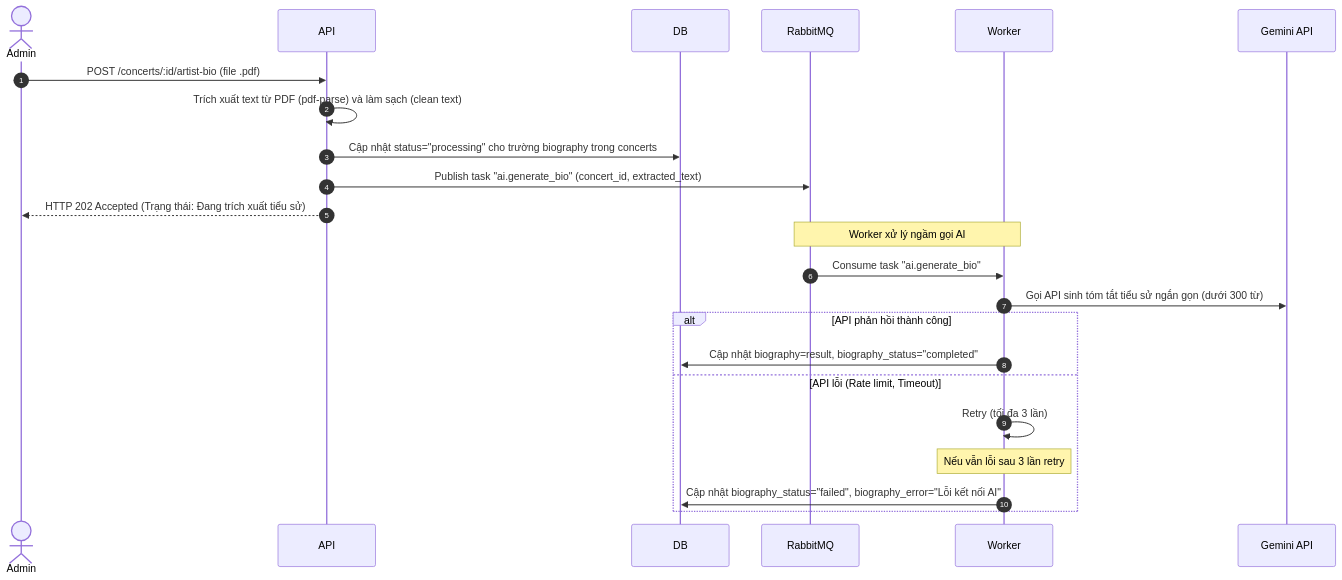
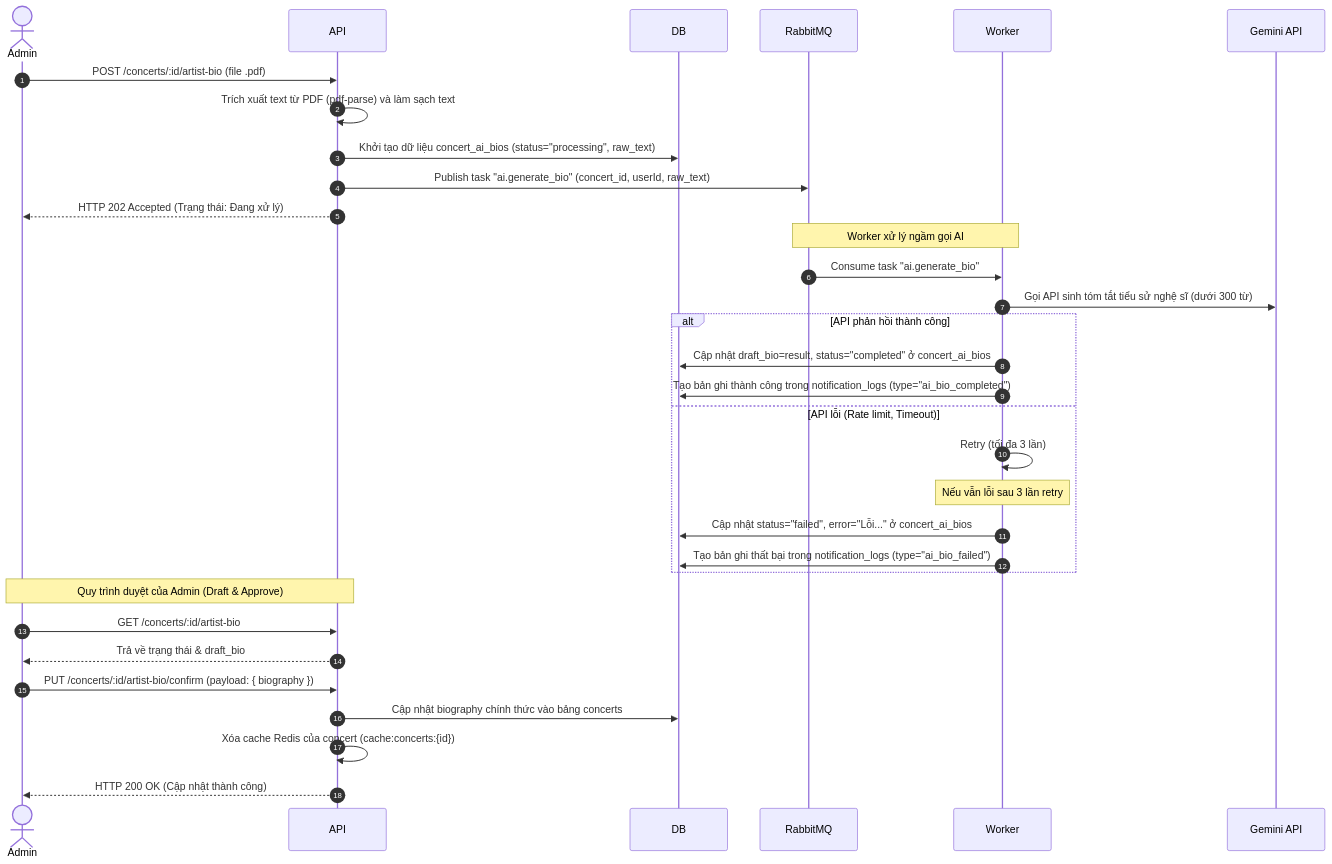
Before and after one commit to thuytranj/TicketBox: diagram 15 of 15 in docs/design.md, drawn with Mermaid. The commit also changed other lines of this file and 29 other files, not shown here.

Commit message:
feat: implement AI-driven artist bio generation service with Gemini integration and related endpoints

````diff
--- a/docs/design.md
+++ b/docs/design.md
@@ -1536,27 +1591,38 @@
 ```mermaid
 sequenceDiagram
     autonumber
     actor Admin as Admin
     participant API as API
     participant DB as DB
     participant MQ as RabbitMQ
     participant W as Worker
     participant Gemini as Gemini API
 
     Admin->>API: POST /concerts/:id/artist-bio (file .pdf)
-    API->>API: Trích xuất text từ PDF (pdf-parse) và làm sạch (clean text)
-    API->>DB: Cập nhật status="processing" cho trường biography trong concerts
-    API->>MQ: Publish task "ai.generate_bio" (concert_id, extracted_text)
-    API-->>Admin: HTTP 202 Accepted (Trạng thái: Đang trích xuất tiểu sử)
+    API->>API: Trích xuất text từ PDF (pdf-parse) và làm sạch text
+    API->>DB: Khởi tạo dữ liệu concert_ai_bios (status="processing", raw_text)
+    API->>MQ: Publish task "ai.generate_bio" (concert_id, userId, raw_text)
+    API-->>Admin: HTTP 202 Accepted (Trạng thái: Đang xử lý)
 
     Note over MQ, W: Worker xử lý ngầm gọi AI
     MQ->>W: Consume task "ai.generate_bio"
-    W->>Gemini: Gọi API sinh tóm tắt tiểu sử ngắn gọn (dưới 300 từ)
+    W->>Gemini: Gọi API sinh tóm tắt tiểu sử nghệ sĩ (dưới 300 từ)
     alt API phản hồi thành công
-        W->>DB: Cập nhật biography=result, biography_status="completed"
+        W->>DB: Cập nhật draft_bio=result, status="completed" ở concert_ai_bios
+        W->>DB: Tạo bản ghi thành công trong notification_logs (type="ai_bio_completed")
     else API lỗi (Rate limit, Timeout)
         W->>W: Retry (tối đa 3 lần)
         Note over W: Nếu vẫn lỗi sau 3 lần retry
-        W->>DB: Cập nhật biography_status="failed", biography_error="Lỗi kết nối AI"
+        W->>DB: Cập nhật status="failed", error="Lỗi..." ở concert_ai_bios
+        W->>DB: Tạo bản ghi thất bại trong notification_logs (type="ai_bio_failed")
     end
+
+    Note over Admin, API: Quy trình duyệt của Admin (Draft & Approve)
+    Admin->>API: GET /concerts/:id/artist-bio
+    API-->>Admin: Trả về trạng thái & draft_bio
+
+    Admin->>API: PUT /concerts/:id/artist-bio/confirm (payload: { biography })
+    API->>DB: Cập nhật biography chính thức vào bảng concerts
+    API->>API: Xóa cache Redis của concert (cache:concerts:{id})
+    API-->>Admin: HTTP 200 OK (Cập nhật thành công)
 ```
````
